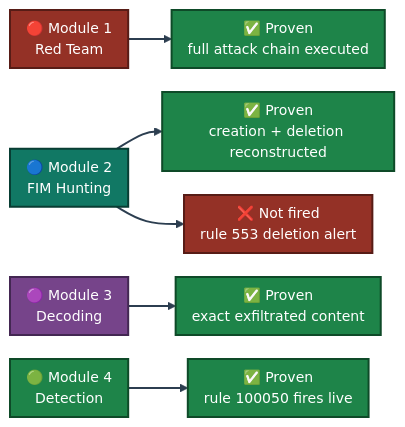
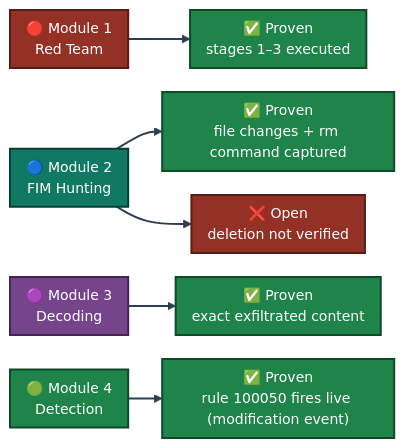
One commit to malaika-azhar/Cybersecurity-Lab-Projects changed the third of 4 diagrams in 3-Advanced-Cyber-Projects/project-13-soc-redvsblue-capstone/README.md. Above: the diagram before and after it, drawn with Mermaid. The commit also changed other lines of this file, not shown here.

````diff
--- a/3-Advanced-Cyber-Projects/project-13-soc-redvsblue-capstone/README.md
+++ b/3-Advanced-Cyber-Projects/project-13-soc-redvsblue-capstone/README.md
@@ -307,16 +323,16 @@
 ```mermaid
 %%{init: {'theme': 'base', 'themeVariables': {'fontSize': '14px'}, 'flowchart': {'nodeSpacing': 24, 'rankSpacing': 34, 'padding': 8}}}%%
 flowchart LR
-    M1["🔴 Module 1<br/>Red Team"]:::m1 --> P1["✅ Proven<br/>full attack chain executed"]:::ok
-    M2["🔵 Module 2<br/>FIM Hunting"]:::m2 --> P2["✅ Proven<br/>creation + deletion reconstructed"]:::ok
-    M2 --> N2["❌ Not fired<br/>rule 553 deletion alert"]:::bad
+    M1["🔴 Module 1<br/>Red Team"]:::m1 --> P1["✅ Proven<br/>stages 1–3 executed"]:::ok
+    M2["🔵 Module 2<br/>FIM Hunting"]:::m2 --> P2["✅ Proven<br/>file changes + rm command captured"]:::ok
+    M2 --> N2["❌ Open<br/>deletion not verified"]:::bad
     M3["🟣 Module 3<br/>Decoding"]:::m3 --> P3["✅ Proven<br/>exact exfiltrated content"]:::ok
-    M4["🟢 Module 4<br/>Detection"]:::m4 --> P4["✅ Proven<br/>rule 100050 fires live"]:::ok
+    M4["🟢 Module 4<br/>Detection"]:::m4 --> P4["✅ Proven<br/>rule 100050 fires live (modification event)"]:::ok
     classDef m1 fill:#943126,stroke:#571C16,stroke-width:2px,color:#FFFFFF
     classDef m2 fill:#117864,stroke:#083D33,stroke-width:2px,color:#FFFFFF
     classDef m3 fill:#76448A,stroke:#432752,stroke-width:2px,color:#FFFFFF
     classDef m4 fill:#1E8449,stroke:#0E4A28,stroke-width:2px,color:#FFFFFF
     classDef ok fill:#1E8449,stroke:#0E4A28,stroke-width:2px,color:#FFFFFF
     classDef bad fill:#943126,stroke:#571C16,stroke-width:2px,color:#FFFFFF
     linkStyle default stroke:#2C3E50,stroke-width:2px
 ```
````
